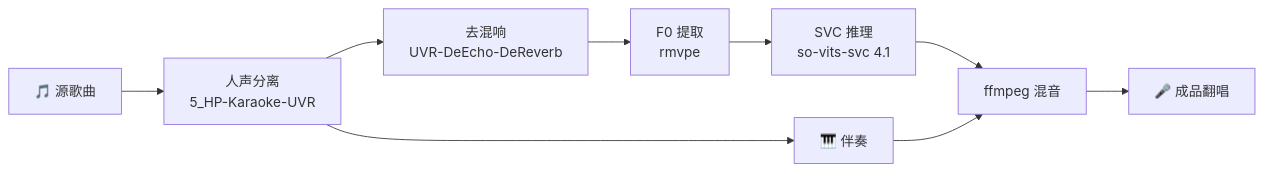
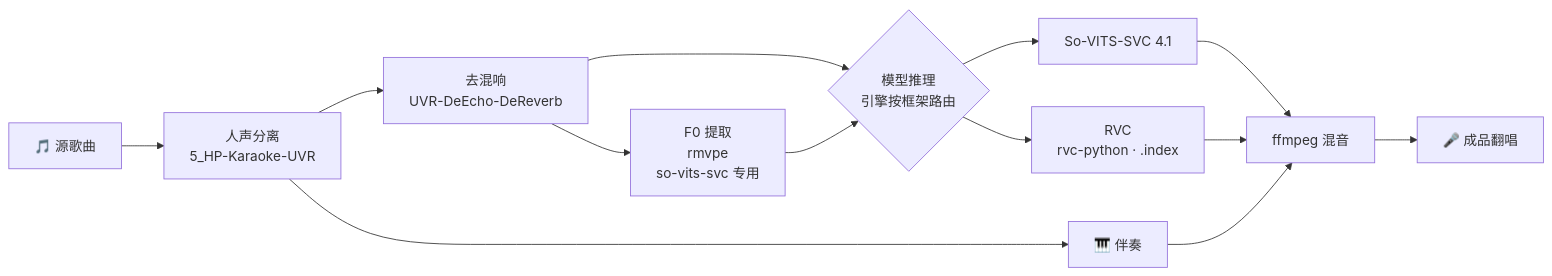
The first of 2 diagrams in README.md (SDIJF1521/xb-svcb), drawn with Mermaid before and after one commit. The commit also changed other lines of this file and 1 other file, not shown here.

````diff
--- a/README.md
+++ b/README.md
@@ -51,11 +51,15 @@
 ```mermaid
 flowchart LR
     A[🎵 源歌曲] --> B[人声分离<br/>5_HP-Karaoke-UVR]
     B --> C[去混响<br/>UVR-DeEcho-DeReverb]
     B --> I[🎹 伴奏]
-    C --> D[F0 提取<br/>rmvpe]
-    D --> E[SVC 推理<br/>so-vits-svc 4.1]
-    E --> F[ffmpeg 混音]
+    C --> D[F0 提取<br/>rmvpe<br/>so-vits-svc 专用]
+    C --> E
+    D --> E{模型推理<br/>引擎按框架路由}
+    E --> S[So-VITS-SVC 4.1]
+    E --> R[RVC<br/>rvc-python · .index]
+    S --> F[ffmpeg 混音]
+    R --> F
     I --> F
     F --> G[🎤 成品翻唱]
 ```
````
